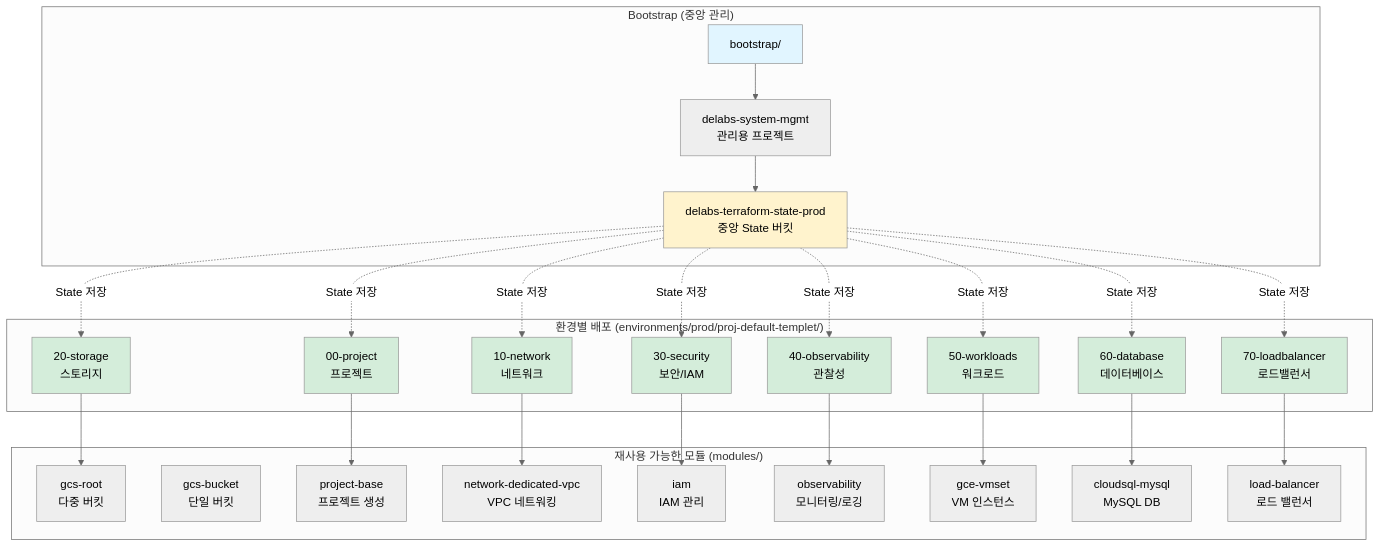
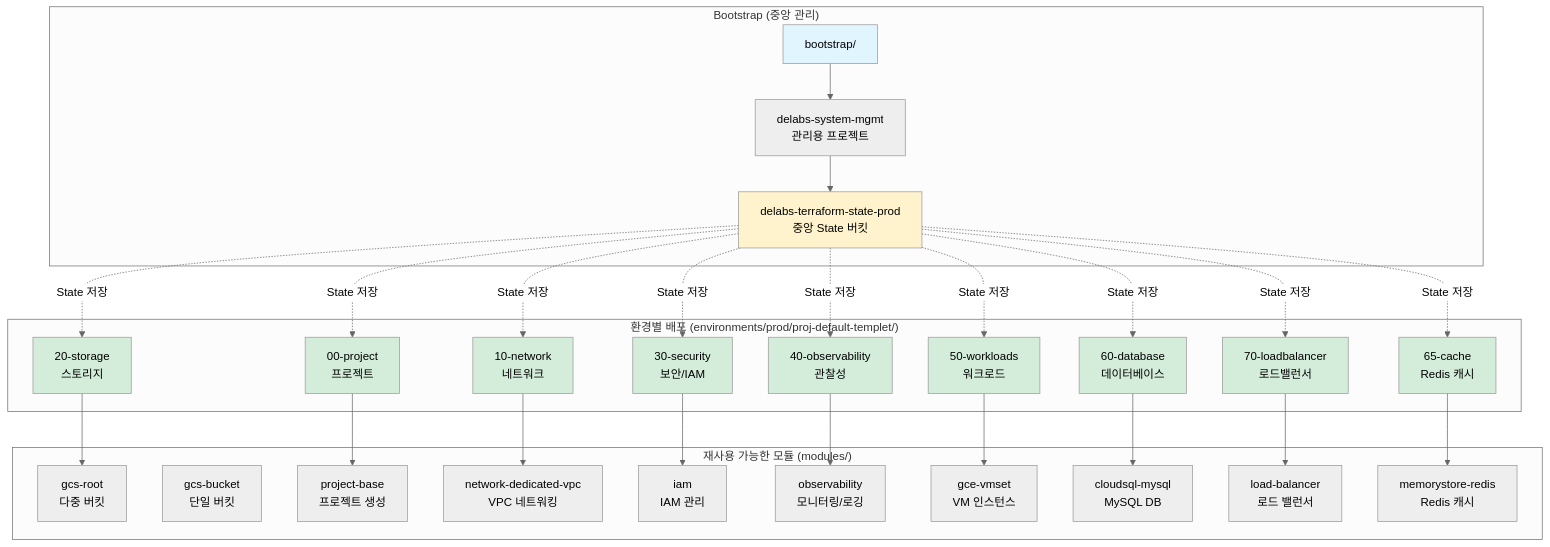
One commit to JSJ2337/GCP_terraform_code changed the first of 9 diagrams in terraform_gcp_infra/ARCHITECTURE.md. Above: the diagram before and after it, drawn with Mermaid (neutral theme). The commit also changed other lines of this file and 17 other files, not shown here.

Commit message:
feat: add memorystore redis template

````diff
--- a/terraform_gcp_infra/ARCHITECTURE.md
+++ b/terraform_gcp_infra/ARCHITECTURE.md
@@ -18,62 +18,67 @@
 ```mermaid
 graph TB
     subgraph "Bootstrap (중앙 관리)"
         B[bootstrap/]
         B_PROJ[delabs-system-mgmt<br/>관리용 프로젝트]
         B_BUCKET[delabs-terraform-state-prod<br/>중앙 State 버킷]
         B --> B_PROJ
         B_PROJ --> B_BUCKET
     end
 
     subgraph "재사용 가능한 모듈 (modules/)"
         M1[gcs-root<br/>다중 버킷]
         M2[gcs-bucket<br/>단일 버킷]
         M3[project-base<br/>프로젝트 생성]
         M4[network-dedicated-vpc<br/>VPC 네트워킹]
         M5[iam<br/>IAM 관리]
         M6[observability<br/>모니터링/로깅]
         M7[gce-vmset<br/>VM 인스턴스]
         M8[cloudsql-mysql<br/>MySQL DB]
         M9[load-balancer<br/>로드 밸런서]
+        M10[memorystore-redis<br/>Redis 캐시]
     end
 
     subgraph "환경별 배포 (environments/prod/proj-default-templet/)"
         E0[00-project<br/>프로젝트]
         E1[10-network<br/>네트워크]
         E2[20-storage<br/>스토리지]
         E3[30-security<br/>보안/IAM]
         E4[40-observability<br/>관찰성]
         E5[50-workloads<br/>워크로드]
         E6[60-database<br/>데이터베이스]
-        E7[70-loadbalancer<br/>로드밸런서]
+        E7[65-cache<br/>Redis 캐시]
+        E8[70-loadbalancer<br/>로드밸런서]
     end
 
     B_BUCKET -.State 저장.-> E0
     B_BUCKET -.State 저장.-> E1
     B_BUCKET -.State 저장.-> E2
     B_BUCKET -.State 저장.-> E3
     B_BUCKET -.State 저장.-> E4
     B_BUCKET -.State 저장.-> E5
     B_BUCKET -.State 저장.-> E6
     B_BUCKET -.State 저장.-> E7
+    B_BUCKET -.State 저장.-> E8
 
     E0 --> M3
     E1 --> M4
     E2 --> M1
     E3 --> M5
     E4 --> M6
     E5 --> M7
     E6 --> M8
-    E7 --> M9
+    E7 --> M10
+    E8 --> M9
 
     style B fill:#e1f5ff
     style B_BUCKET fill:#fff3cd
     style E0 fill:#d4edda
     style E1 fill:#d4edda
     style E2 fill:#d4edda
     style E3 fill:#d4edda
     style E4 fill:#d4edda
     style E5 fill:#d4edda
     style E6 fill:#d4edda
     style E7 fill:#d4edda
+    style E8 fill:#d4edda
 ```
````
